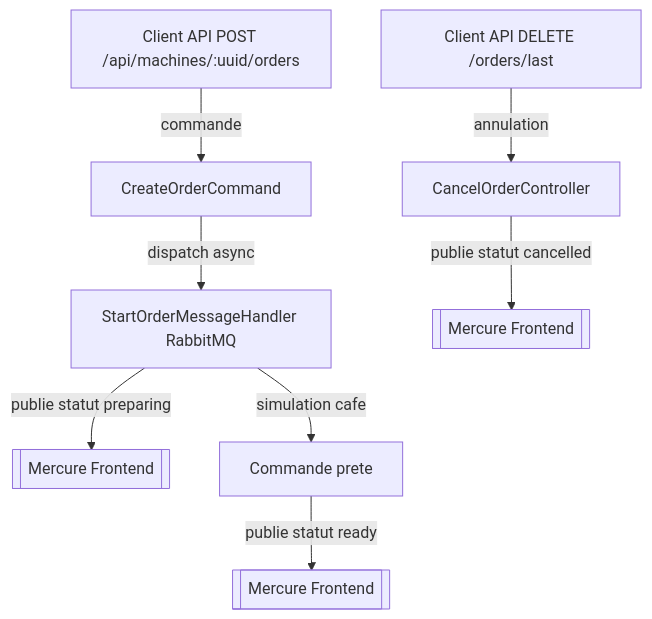
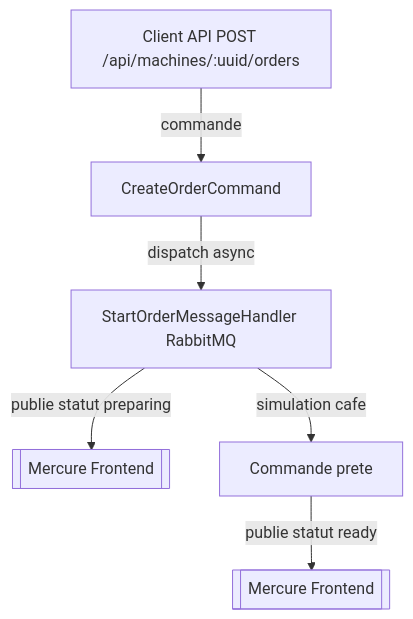
One commit to seifo83/CoffeeMachine changed the diagram in ARCHITECTURE.md. Above: the diagram before and after it, drawn with Mermaid. The commit also changed 4 other files, not shown here.

````diff
--- a/ARCHITECTURE.md
+++ b/ARCHITECTURE.md
@@ -78,10 +78,8 @@
 ```mermaid
 graph TD
     A[Client API POST /api/machines/:uuid/orders] -->|commande| B[CreateOrderCommand]
     B -->|dispatch async| C[StartOrderMessageHandler RabbitMQ]
     C -->|publie statut preparing| D[[Mercure Frontend]]
     C -->|simulation cafe| E[Commande prete]
     E -->|publie statut ready| F[[Mercure Frontend]]
-    G[Client API DELETE /orders/last] -->|annulation| H[CancelOrderController]
-    H -->|publie statut cancelled| I[[Mercure Frontend]]
 ```
````
